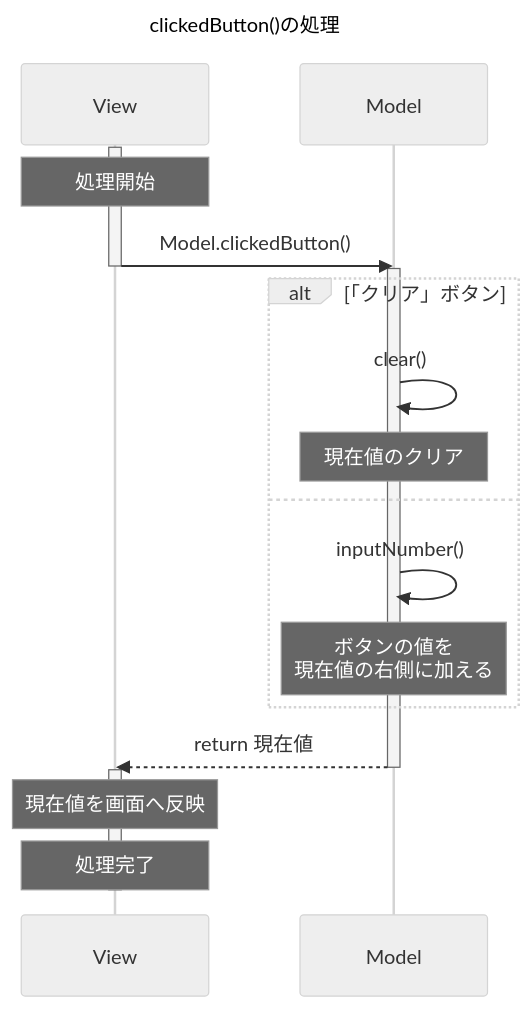
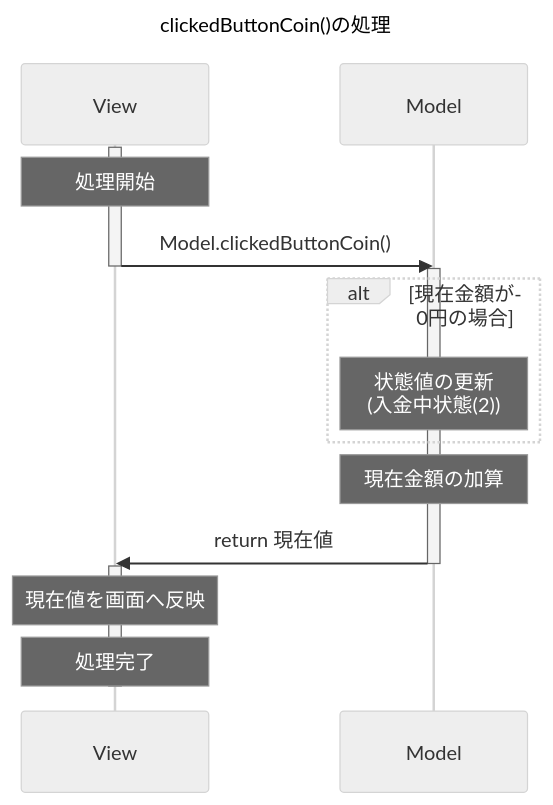
One commit to NatsukiChubachi/Qt_Model_QT_PROPERTY changed the fourth of 6 diagrams in sequence.md. Above: the diagram before and after it, drawn with Mermaid. The commit also changed other lines of this file and 2 other files, not shown here.

Commit message:
#main プログラムコード修正とフローチャート、シーケンス図の更新

````diff
--- a/sequence.md
+++ b/sequence.md
@@ -60,33 +122,31 @@
 ```mermaid
 ---
-title: clickedButton()の処理
+title: clickedButtonCoin()の処理
 config:
   theme: neutral
 ---
 sequenceDiagram
     participant View
     participant Model
 
     activate View
     note over View: 処理開始
-    View->>Model: Model.clickedButton()
+    View->>Model: Model.clickedButtonCoin()
 
     deactivate View
     activate Model
 
-    alt 「クリア」ボタン
-      Model->>Model: clear()
-      note over Model: 現在値のクリア
-    else
-      Model->>Model: inputNumber()
-      note over Model: ボタンの値を<br>現在値の右側に加える
+    alt 現在金額が0円の場合
+      note over Model: 状態値の更新 <br>(入金中状態(2))
     end
 
-    Model-->>View: return 現在値
+    note over Model: 現在金額の加算
+
+    Model->>View: return 現在値
     deactivate Model
     activate View
 
     note over View: 現在値を画面へ反映
     note over View: 処理完了
     deactivate View
 ```
````
